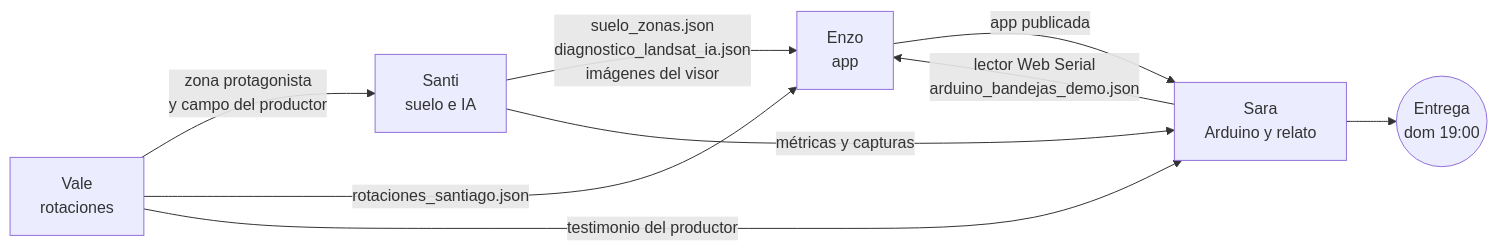
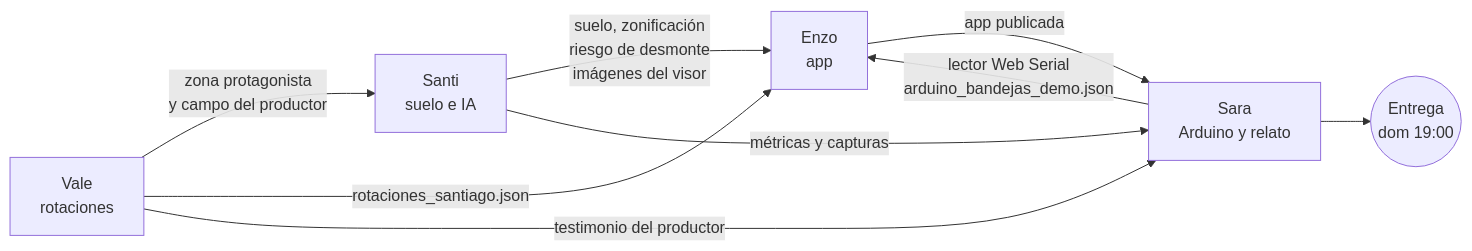
Before and after one commit to enzopazzelli/BioSat: the second of 2 diagrams in planes/README.md, drawn with Mermaid. The commit also changed other lines of this file and 12 other files, not shown here.

````diff
--- a/planes/README.md
+++ b/planes/README.md
@@ -144,11 +145,11 @@
 ```mermaid
 flowchart LR
     V["Vale<br/>rotaciones"] -->|"zona protagonista<br/>y campo del productor"| S["Santi<br/>suelo e IA"]
     V -->|rotaciones_santiago.json| E["Enzo<br/>app"]
-    S -->|"suelo_zonas.json<br/>diagnostico_landsat_ia.json<br/>imágenes del visor"| E
+    S -->|"suelo, zonificación<br/>riesgo de desmonte<br/>imágenes del visor"| E
     A["Sara<br/>Arduino y relato"] -->|"lector Web Serial<br/>arduino_bandejas_demo.json"| E
     E -->|"app publicada"| A
     S -->|"métricas y capturas"| A
     V -->|"testimonio del productor"| A
     A --> F(("Entrega<br/>dom 19:00"))
 ```
````
